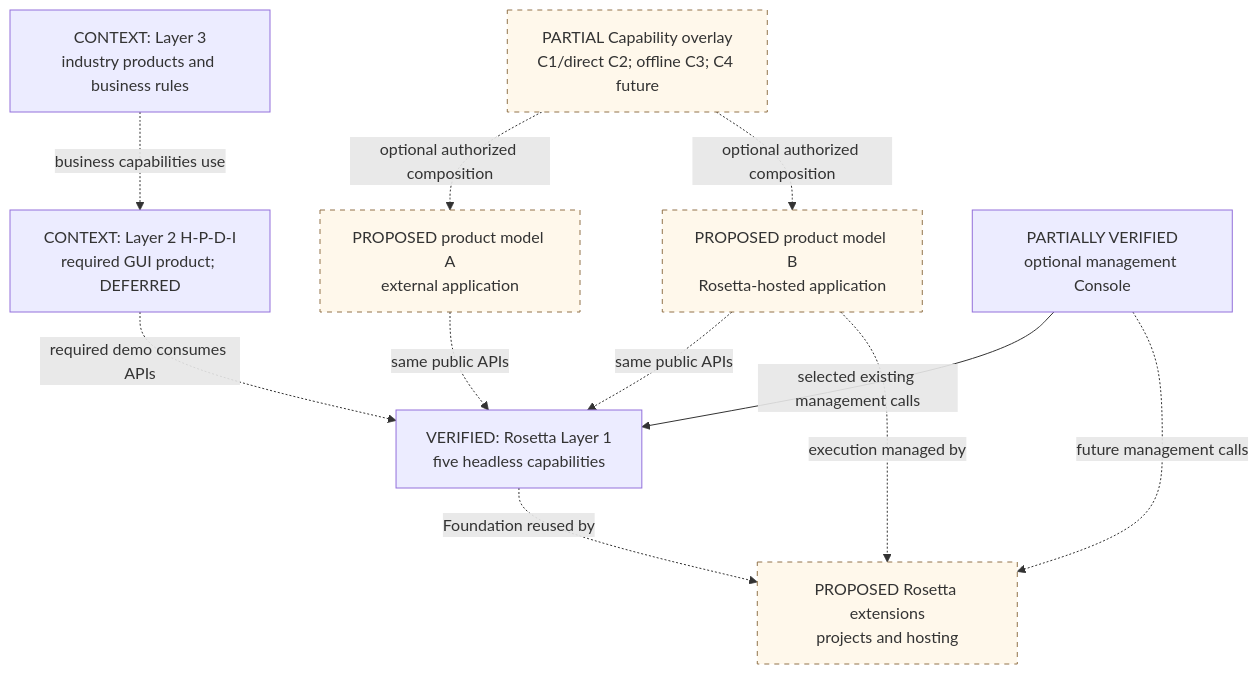
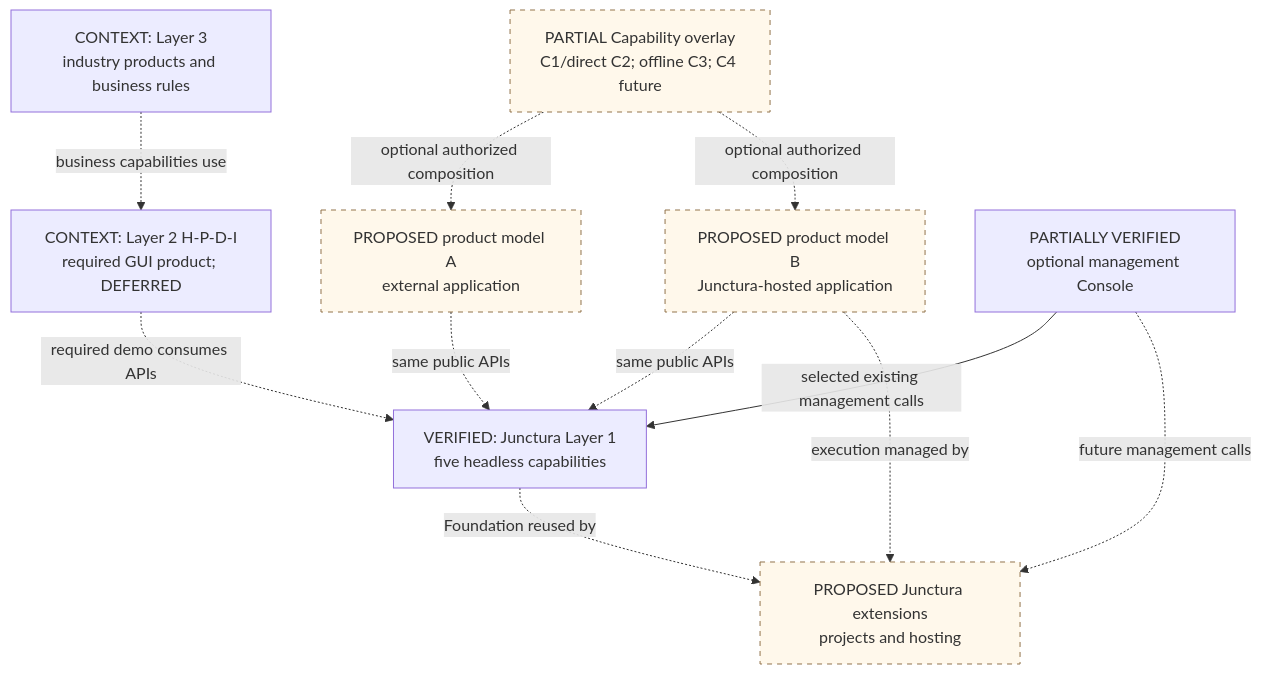
The first of 8 diagrams in docs/architecture/ARCHITECTURE_MAPS.md (NHMNDaizoken/Rosetta), drawn with Mermaid before and after one commit. The commit also changed other lines of this file and 165 other files, not shown here.

Commit message:
refactor!: rename Rosetta to Junctura across code, database, realm and URNs

````diff
--- a/docs/architecture/ARCHITECTURE_MAPS.md
+++ b/docs/architecture/ARCHITECTURE_MAPS.md
@@ -19,23 +19,23 @@
 ```mermaid
 flowchart TB
   L3["CONTEXT: Layer 3<br/>industry products and business rules"]
   L2["CONTEXT: Layer 2 H-P-D-I<br/>required GUI product; DEFERRED"]
-  L1["VERIFIED: Rosetta Layer 1<br/>five headless capabilities"]
+  L1["VERIFIED: Junctura Layer 1<br/>five headless capabilities"]
   EX["PROPOSED product model A<br/>external application"]
-  HO["PROPOSED product model B<br/>Rosetta-hosted application"]
+  HO["PROPOSED product model B<br/>Junctura-hosted application"]
   UI["PARTIALLY VERIFIED<br/>optional management Console"]
   CAP["PARTIAL Capability overlay<br/>C1/direct C2; offline C3; C4 future"]
-  EXT["PROPOSED Rosetta extensions<br/>projects and hosting"]
+  EXT["PROPOSED Junctura extensions<br/>projects and hosting"]
   L3 -.->|business capabilities use| L2
   L2 -.->|required demo consumes APIs| L1
   EX -.->|same public APIs| L1
   HO -.->|same public APIs| L1
   HO -.->|execution managed by| EXT
   UI -->|selected existing management calls| L1
   UI -.->|future management calls| EXT
   CAP -.->|optional authorized composition| EX
   CAP -.->|optional authorized composition| HO
   L1 -.->|Foundation reused by| EXT
   classDef future fill:#fff8eb,stroke:#92734b,stroke-dasharray:5 5
   class EX,HO,CAP,EXT future
 ```
````
